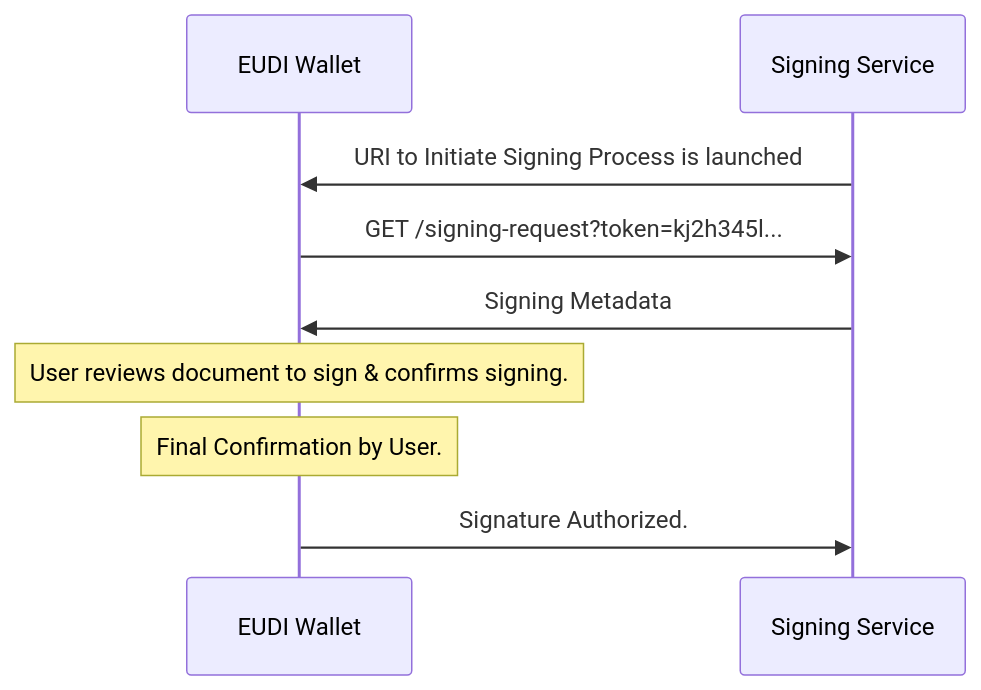
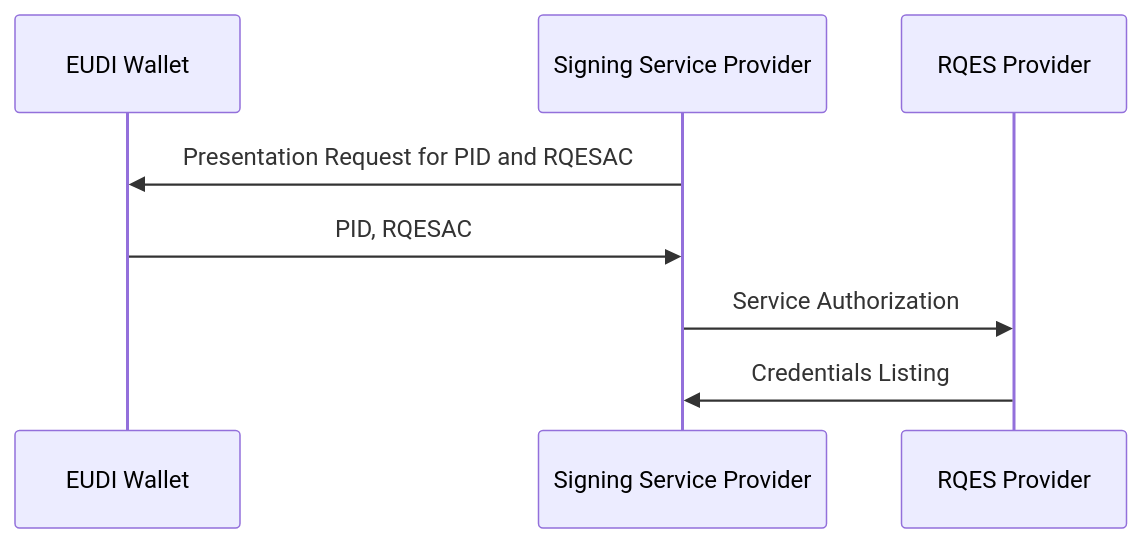
The second of 8 diagrams in ewc-rfc010-long-term-certifice-qes-creation.md (EWC-consortium/eudi-wallet-rfcs), drawn with Mermaid before and after one commit. The commit also changed other lines of this file, not shown here.

Commit message:
RFC-010: Updated Diagrams, reorganized phases

````diff
--- a/ewc-rfc010-long-term-certifice-qes-creation.md
+++ b/ewc-rfc010-long-term-certifice-qes-creation.md
@@ -76,12 +76,11 @@
 ```mermaid
 %% Example of sequence diagram
   sequenceDiagram
     participant EUDI Wallet
-    participant Signing Service
-    Signing Service->>EUDI Wallet: URI to Initiate Signing Process is launched
-    EUDI Wallet->>Signing Service: GET /signing-request?token=kj2h345l...
-    Signing Service->>EUDI Wallet: Signing Metadata
-    Note over EUDI Wallet: User reviews document to sign & confirms signing.
-    Note over EUDI Wallet: Final Confirmation by User.
-    EUDI Wallet->>Signing Service: Signature Authorized.
+    participant Signing Service Provider
+    participant RQES Provider
+    Signing Service Provider->>EUDI Wallet: Presentation Request for PID and RQESAC
+    EUDI Wallet->>Signing Service Provider: PID, RQESAC
+    Signing Service Provider->>RQES Provider: Service Authorization
+    RQES Provider->>Signing Service Provider: Credentials Listing
 ```
````
